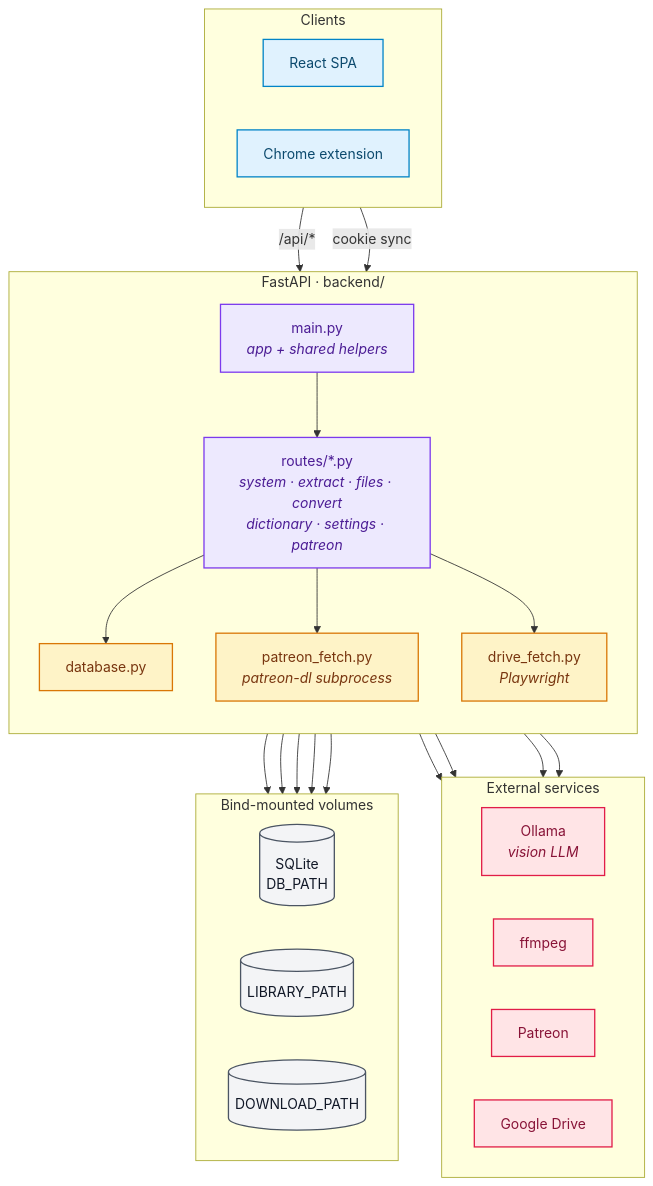
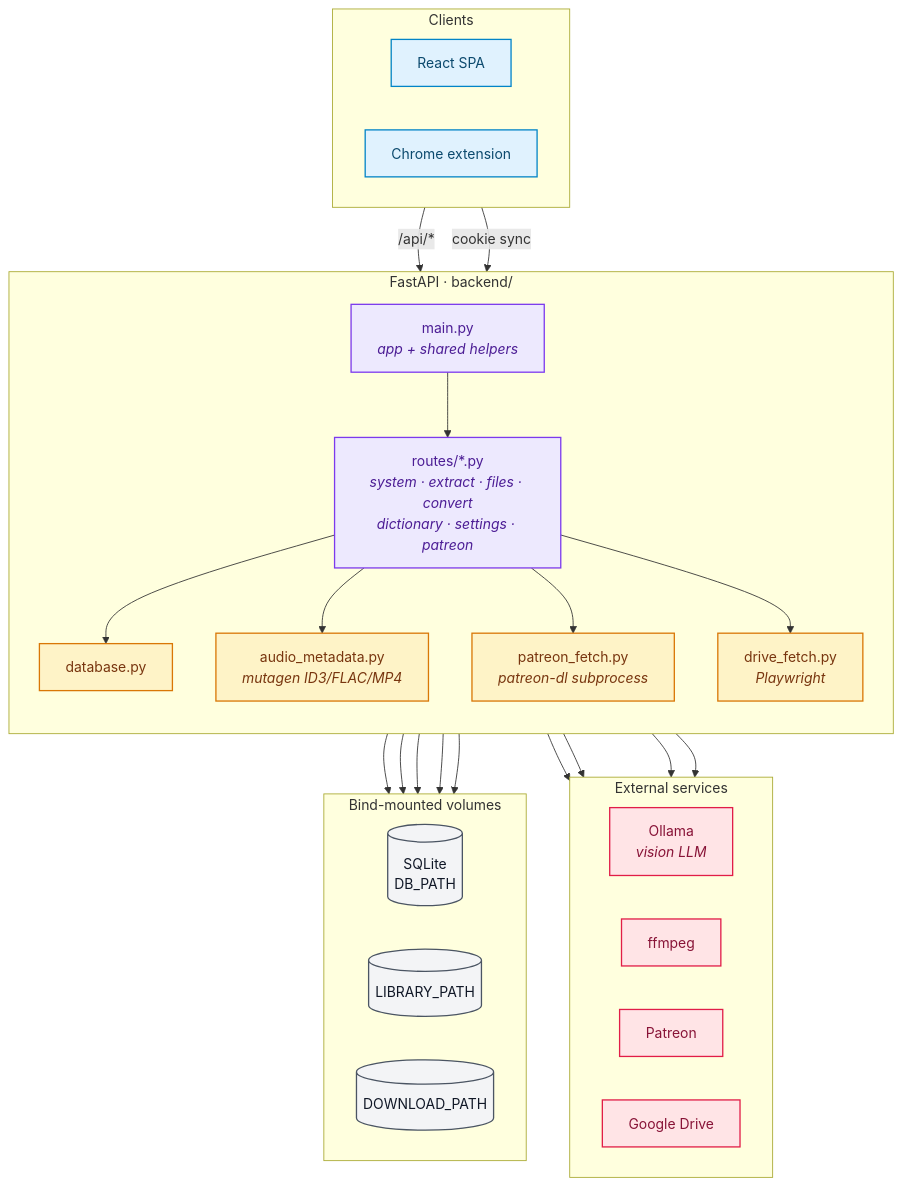
One commit to unseensnick/Asmr-Curator changed the diagram in .claude/rules/architecture.md. Above: the diagram before and after it, drawn with Mermaid. The commit also changed other lines of this file and 114 other files, not shown here.

````diff
--- a/.claude/rules/architecture.md
+++ b/.claude/rules/architecture.md
@@ -12,56 +12,57 @@
 ```mermaid
 flowchart TD
     classDef client fill:#e0f2fe,stroke:#0284c7,color:#0c4a6e,stroke-width:1.5px
     classDef api    fill:#ede9fe,stroke:#7c3aed,color:#4c1d95,stroke-width:1.5px
     classDef svc    fill:#fef3c7,stroke:#d97706,color:#78350f,stroke-width:1.5px
     classDef ext    fill:#ffe4e6,stroke:#e11d48,color:#881337,stroke-width:1.5px
     classDef store  fill:#f3f4f6,stroke:#4b5563,color:#111827,stroke-width:1.5px
 
     subgraph CLI["&nbsp;Clients&nbsp;"]
         direction LR
         UI["React SPA"]
         EXT["Chrome extension"]
     end
 
     subgraph BE["&nbsp;FastAPI &middot; backend/&nbsp;"]
         direction TB
         MAIN["main.py<br/><i>app + shared helpers</i>"]
         ROUTES["routes/*.py<br/><i>system &middot; extract &middot; files &middot; convert<br/>dictionary &middot; settings &middot; patreon</i>"]
         DB["database.py"]
+        AM["audio_metadata.py<br/><i>mutagen ID3/FLAC/MP4</i>"]
         PF["patreon_fetch.py<br/><i>patreon-dl subprocess</i>"]
         DF["drive_fetch.py<br/><i>Playwright</i>"]
     end
 
     subgraph EX["&nbsp;External services&nbsp;"]
         direction LR
         OLLAMA["Ollama<br/><i>vision LLM</i>"]
         FFMPEG["ffmpeg"]
         PATREON["Patreon"]
         DRIVE["Google Drive"]
     end
 
     subgraph ST["&nbsp;Bind-mounted volumes&nbsp;"]
         direction LR
         SQLITE[("SQLite<br/>DB_PATH")]
         LIB[("LIBRARY_PATH")]
         DL[("DOWNLOAD_PATH")]
     end
 
     UI    -->|"/api/*"| MAIN
     EXT   -->|"cookie sync"| MAIN
     MAIN  --> ROUTES
-    ROUTES --> DB & PF & DF
+    ROUTES --> DB & AM & PF & DF
     ROUTES --> OLLAMA & FFMPEG
     ROUTES --> LIB & DL
     PF --> PATREON
     DF --> DRIVE
     PF --> DL
     DF --> DL
     DB --> SQLITE
 
     class UI,EXT client
     class MAIN,ROUTES api
-    class DB,PF,DF svc
+    class DB,AM,PF,DF svc
     class OLLAMA,FFMPEG,PATREON,DRIVE ext
     class SQLITE,LIB,DL store
 ```
````
